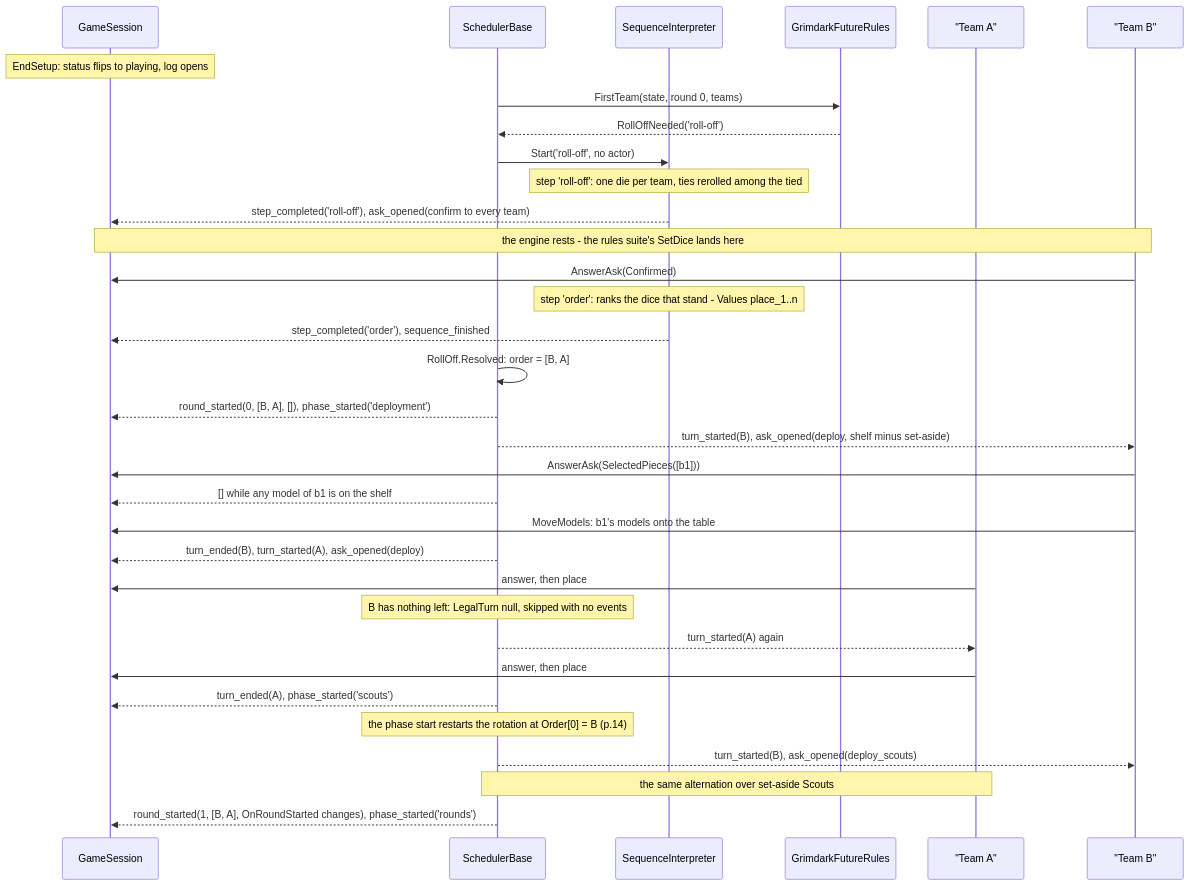
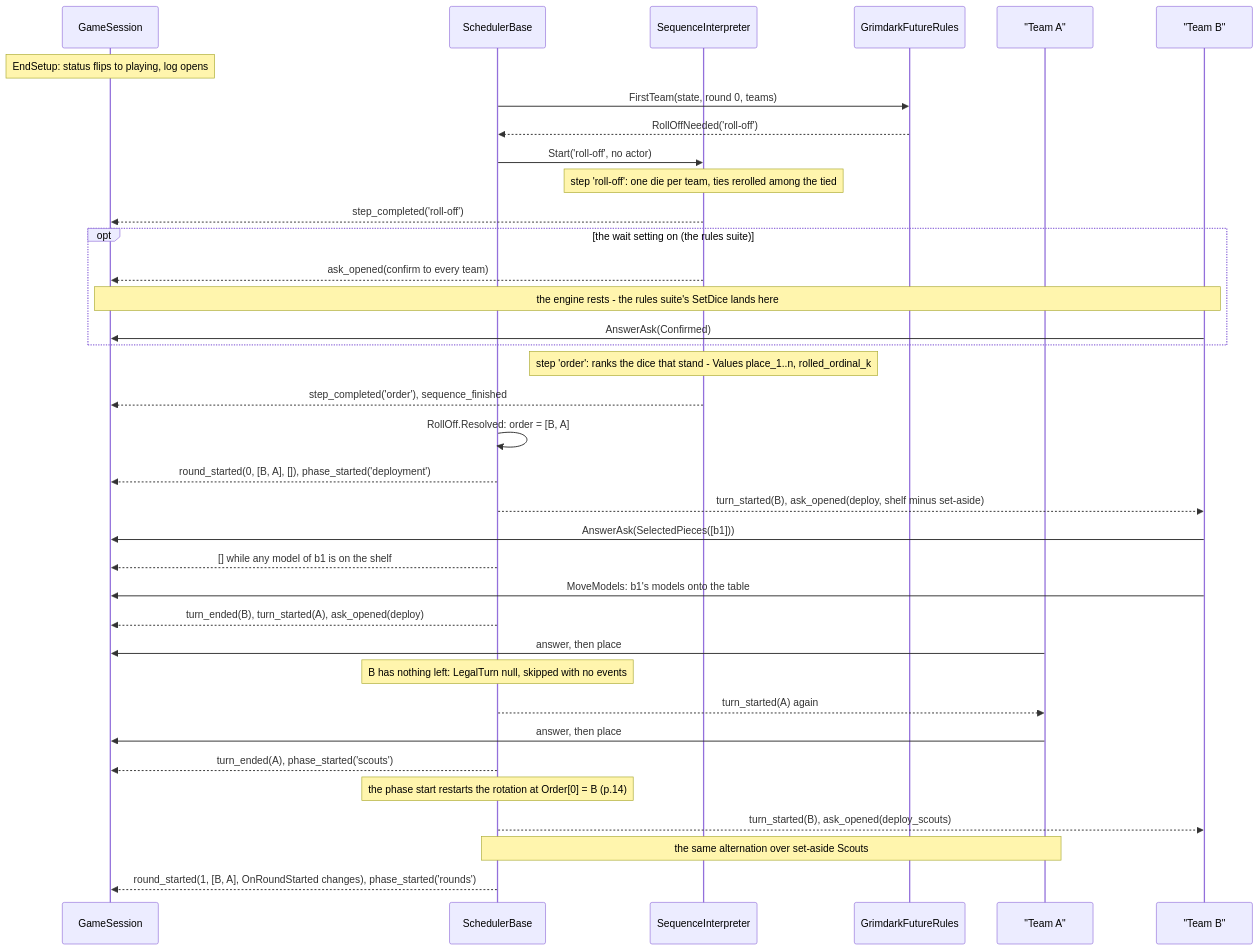
The eighth of 10 diagrams in docs/design/scheduler/design.md (cstupi/tabletop), drawn with Mermaid before and after one commit. The commit also changed other lines of this file and 10 other files, not shown here.

First line of the commit message:
Docs: the roll-off is gated only under the wait setting; its result banner

````diff
--- a/docs/design/scheduler/design.md
+++ b/docs/design/scheduler/design.md
@@ -963,36 +964,39 @@
 ```mermaid
 sequenceDiagram
     participant S as GameSession
     participant Sc as SchedulerBase
     participant I as SequenceInterpreter
     participant R as GrimdarkFutureRules
     participant A as "Team A"
     participant B as "Team B"
 
     Note over S: EndSetup: status flips to playing, log opens
     Sc->>R: FirstTeam(state, round 0, teams)
     R-->>Sc: RollOffNeeded('roll-off')
     Sc->>I: Start('roll-off', no actor)
     Note over I: step 'roll-off': one die per team, ties rerolled among the tied
-    I-->>S: step_completed('roll-off'), ask_opened(confirm to every team)
-    Note over S,B: the engine rests - the rules suite's SetDice lands here
-    B->>S: AnswerAsk(Confirmed)
-    Note over I: step 'order': ranks the dice that stand - Values place_1..n
+    I-->>S: step_completed('roll-off')
+    opt the wait setting on (the rules suite)
+        I-->>S: ask_opened(confirm to every team)
+        Note over S,B: the engine rests - the rules suite's SetDice lands here
+        B->>S: AnswerAsk(Confirmed)
+    end
+    Note over I: step 'order': ranks the dice that stand - Values place_1..n, rolled_ordinal_k
     I-->>S: step_completed('order'), sequence_finished
     Sc->>Sc: RollOff.Resolved: order = [B, A]
     Sc-->>S: round_started(0, [B, A], []), phase_started('deployment')
     Sc-->>B: turn_started(B), ask_opened(deploy, shelf minus set-aside)
     B->>S: AnswerAsk(SelectedPieces([b1]))
     Sc-->>S: [] while any model of b1 is on the shelf
     B->>S: MoveModels: b1's models onto the table
     Sc-->>S: turn_ended(B), turn_started(A), ask_opened(deploy)
     A->>S: answer, then place
     Note over Sc: B has nothing left: LegalTurn null, skipped with no events
     Sc-->>A: turn_started(A) again
     A->>S: answer, then place
     Sc-->>S: turn_ended(A), phase_started('scouts')
     Note over Sc: the phase start restarts the rotation at Order[0] = B (p.14)
     Sc-->>B: turn_started(B), ask_opened(deploy_scouts)
     Note over Sc,A: the same alternation over set-aside Scouts
     Sc-->>S: round_started(1, [B, A], OnRoundStarted changes), phase_started('rounds')
 ```
````
